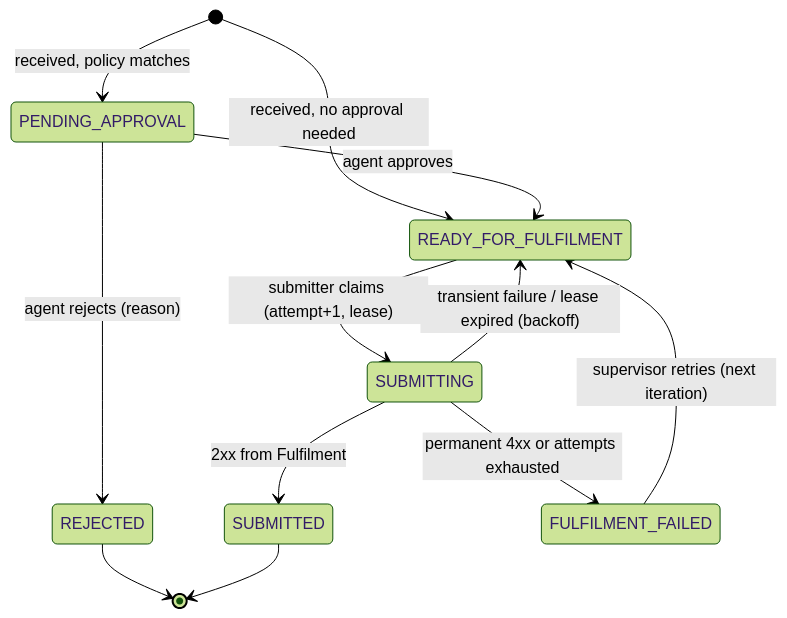
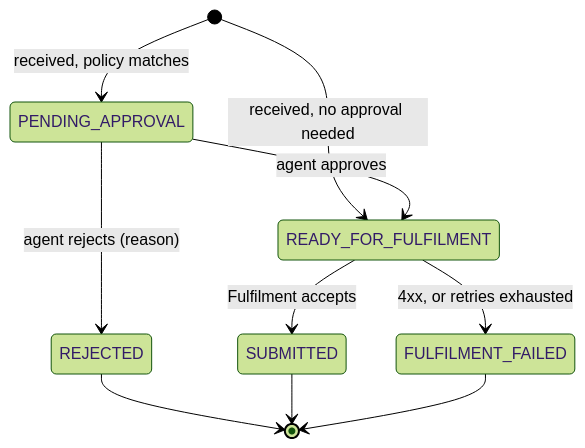
The fifth of 5 diagrams in docs/ARCHITECTURE.md (supriyathakur28/Melita), drawn with Mermaid (forest theme) before and after one commit. The commit also changed other lines of this file, not shown here.

````diff
--- a/docs/ARCHITECTURE.md
+++ b/docs/ARCHITECTURE.md
@@ -424,14 +371,12 @@
 ```mermaid
 stateDiagram-v2
     [*] --> PENDING_APPROVAL: received, policy matches
     [*] --> READY_FOR_FULFILMENT: received, no approval needed
     PENDING_APPROVAL --> READY_FOR_FULFILMENT: agent approves
     PENDING_APPROVAL --> REJECTED: agent rejects (reason)
-    READY_FOR_FULFILMENT --> SUBMITTING: submitter claims (attempt+1, lease)
-    SUBMITTING --> SUBMITTED: 2xx from Fulfilment
-    SUBMITTING --> READY_FOR_FULFILMENT: transient failure / lease expired (backoff)
-    SUBMITTING --> FULFILMENT_FAILED: permanent 4xx or attempts exhausted
-    FULFILMENT_FAILED --> READY_FOR_FULFILMENT: supervisor retries (next iteration)
+    READY_FOR_FULFILMENT --> SUBMITTED: Fulfilment accepts
+    READY_FOR_FULFILMENT --> FULFILMENT_FAILED: 4xx, or retries exhausted
     REJECTED --> [*]
     SUBMITTED --> [*]
+    FULFILMENT_FAILED --> [*]
 ```
````
